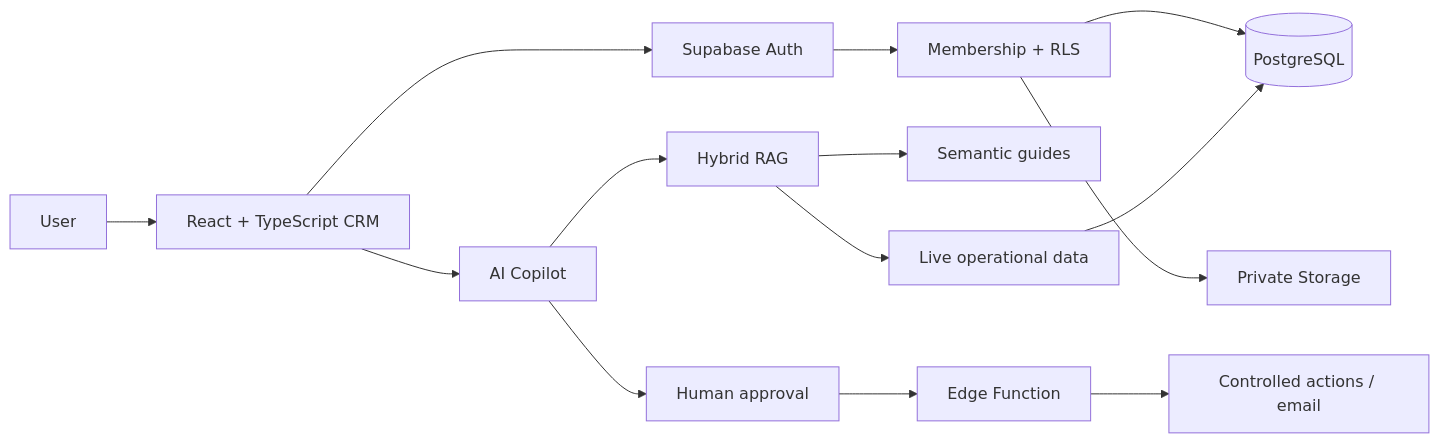
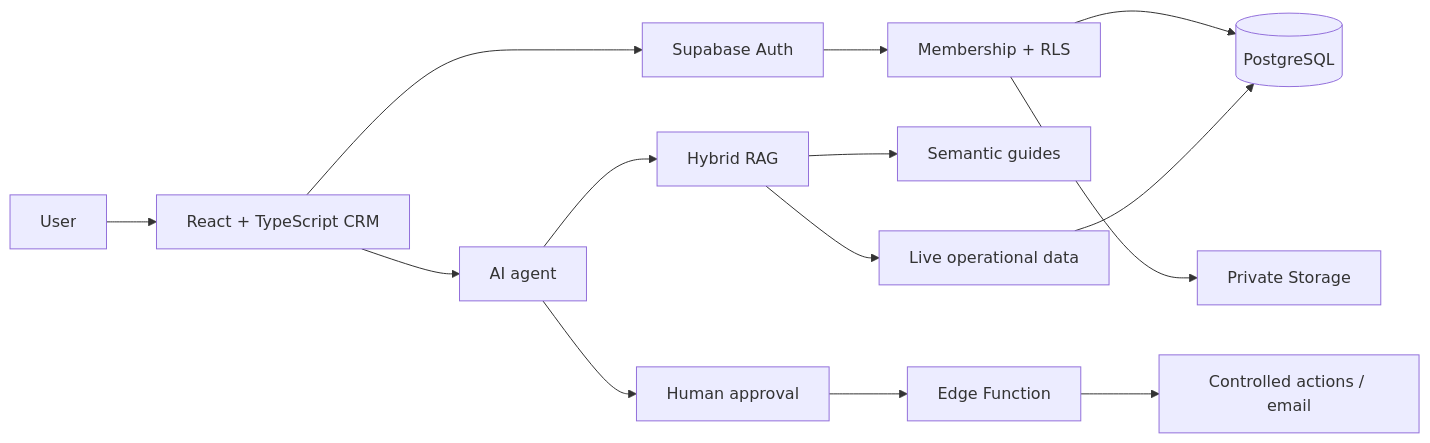
Before and after one commit to diegofrancoe/diegofrancoe: the first of 3 diagrams in README.md, drawn with Mermaid. The commit also changed other lines of this file, not shown here.

```diff
--- a/README.md
+++ b/README.md
@@ -41,16 +41,16 @@
 ~~~mermaid
 flowchart LR
     U[User] --> UI[React + TypeScript CRM]
     UI --> AUTH[Supabase Auth]
     AUTH --> RLS[Membership + RLS]
     RLS --> DB[(PostgreSQL)]
     RLS --> ST[Private Storage]
-    UI --> AI[AI Copilot]
+    UI --> AI[AI agent]
     AI --> RAG[Hybrid RAG]
     RAG --> KB[Semantic guides]
     RAG --> LIVE[Live operational data]
     LIVE --> DB
     AI --> APPROVAL[Human approval]
     APPROVAL --> EDGE[Edge Function]
     EDGE --> ACTIONS[Controlled actions / email]
 ~~~
```
